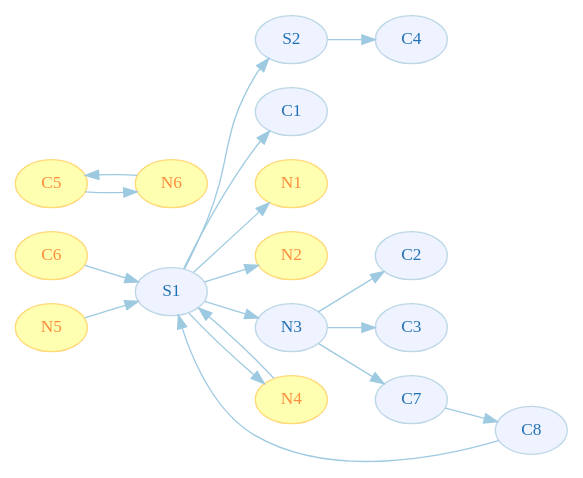
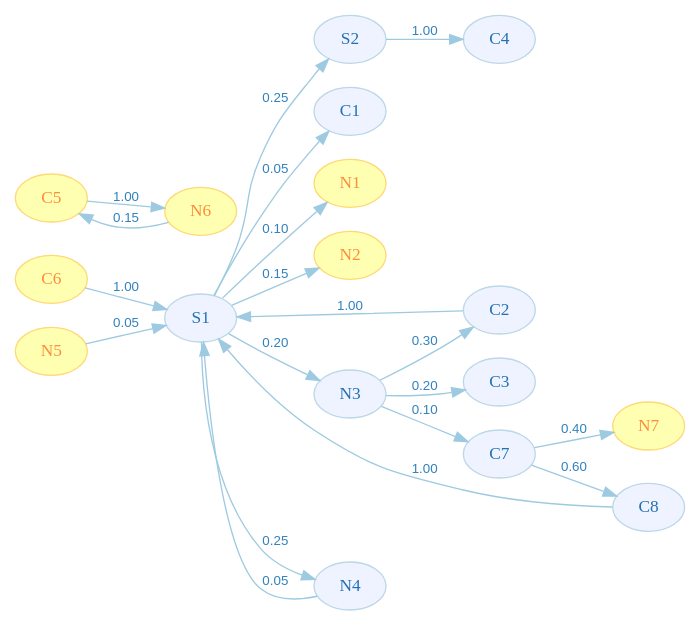
One commit to stratosphere/coheel changed the diagram in doc/random_walk/graph.dot. Above: the diagram before and after it, drawn with Graphviz. The commit also changed 2 other files, not shown here.

```diff
--- a/doc/random_walk/graph.dot
+++ b/doc/random_walk/graph.dot
@@ -1,51 +1,54 @@
 digraph G {
     rankdir=LR;
     fontname="sans-serif";
     penwidth="0.1";
     edge [comment="Wildcard edge", 
           fontname="sans-serif", 
           fontsize=10, 
           colorscheme="blues3", 
           color=2, 
           fontcolor=3];
     node [fontname="serif", 
           fontsize=13, 
           fillcolor="1", 
           colorscheme="blues4", 
           color="2", 
           fontcolor="4", 
           style="filled"];
     "S1";
     "S2";
     "C1";
     "C2";
     "C3";
     "C4";
     "C5" [colorscheme="ylorrd7"];
     "C6" [colorscheme="ylorrd7"];
     "C7";
     "C8";
     "N1" [colorscheme="ylorrd7"];
     "N2" [colorscheme="ylorrd7"];
     "N3";
-    "N4" [colorscheme="ylorrd7"];
+    "N4";
     "N5" [colorscheme="ylorrd7"];
     "N6" [colorscheme="ylorrd7"];
-    "S1" -> "S2";
-    "S1" -> "C1";
-    "S1" -> "N1";
-    "S1" -> "N2";
-    "S1" -> "N3";
-    "S1" -> "N4";
-    "S2" -> "C4";
-    "C5" -> "N6";
-    "C6" -> "S1";
-    "C7" -> "C8";
-    "C8" -> "S1";
-    "N3" -> "C2";
-    "N3" -> "C3";
-    "N3" -> "C7";
-    "N4" -> "S1";
-    "N5" -> "S1";
-    "N6" -> "C5";
+    "S1" -> "S2"  [label="0.25"];
+    "S1" -> "C1"  [label="0.05"];
+    "S1" -> "N1"  [label="0.10"];
+    "S1" -> "N2"  [label="0.15"];
+    "S1" -> "N3"  [label="0.20"];
+    "S1" -> "N4"  [label="0.25"];
+    "S2" -> "C4"  [label="1.00"];
+    "C5" -> "N6"  [label="1.00"];
+    "C6" -> "S1"  [label="1.00"];
+    "C7" -> "C8"  [label="0.60"];
+    "C8" -> "S1"  [label="1.00"];
+    "N3" -> "C2"  [label="0.30"];
+    "N3" -> "C3"  [label="0.20"];
+    "N3" -> "C7"  [label="0.10"];
+    "N4" -> "S1"  [label="0.05"];
+    "N5" -> "S1"  [label="0.05"];
+    "N6" -> "C5"  [label="0.15"];
+    "N7" [colorscheme="ylorrd7"];
+    "C7" -> "N7"  [label="0.40"];
+    "C2" -> "S1"  [label="1.00"];
 }
```
